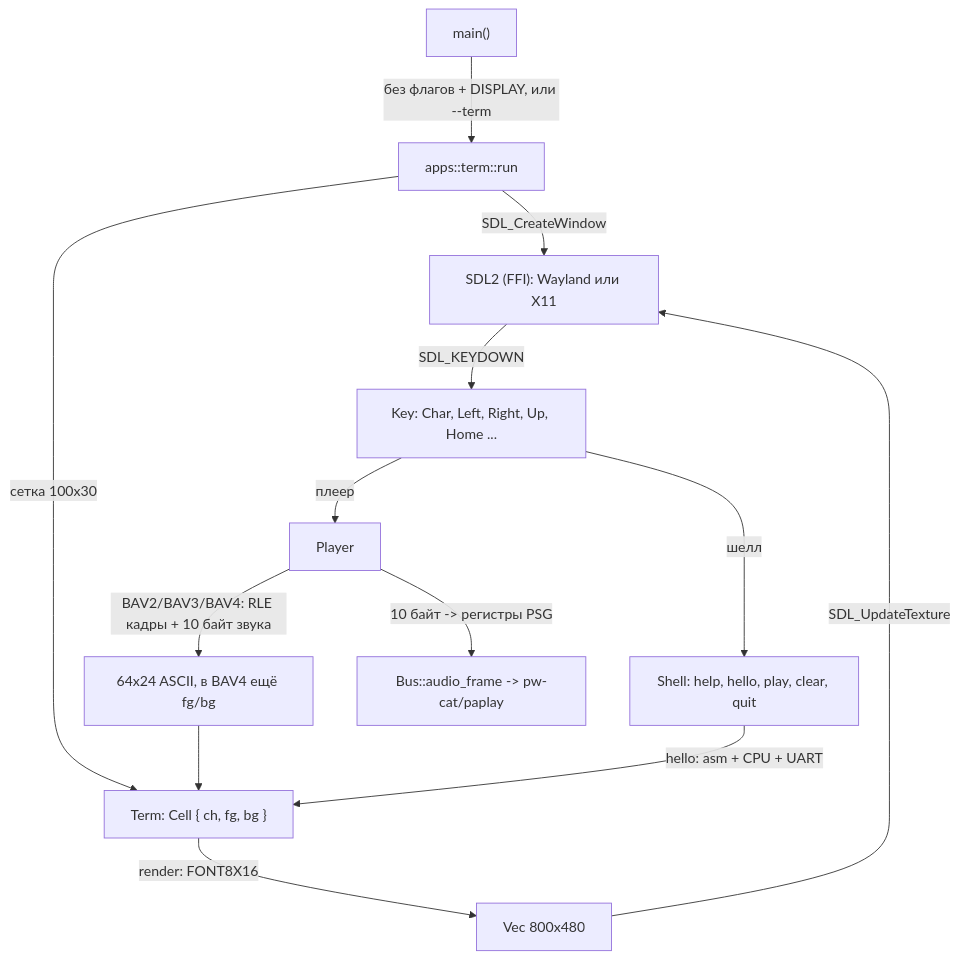
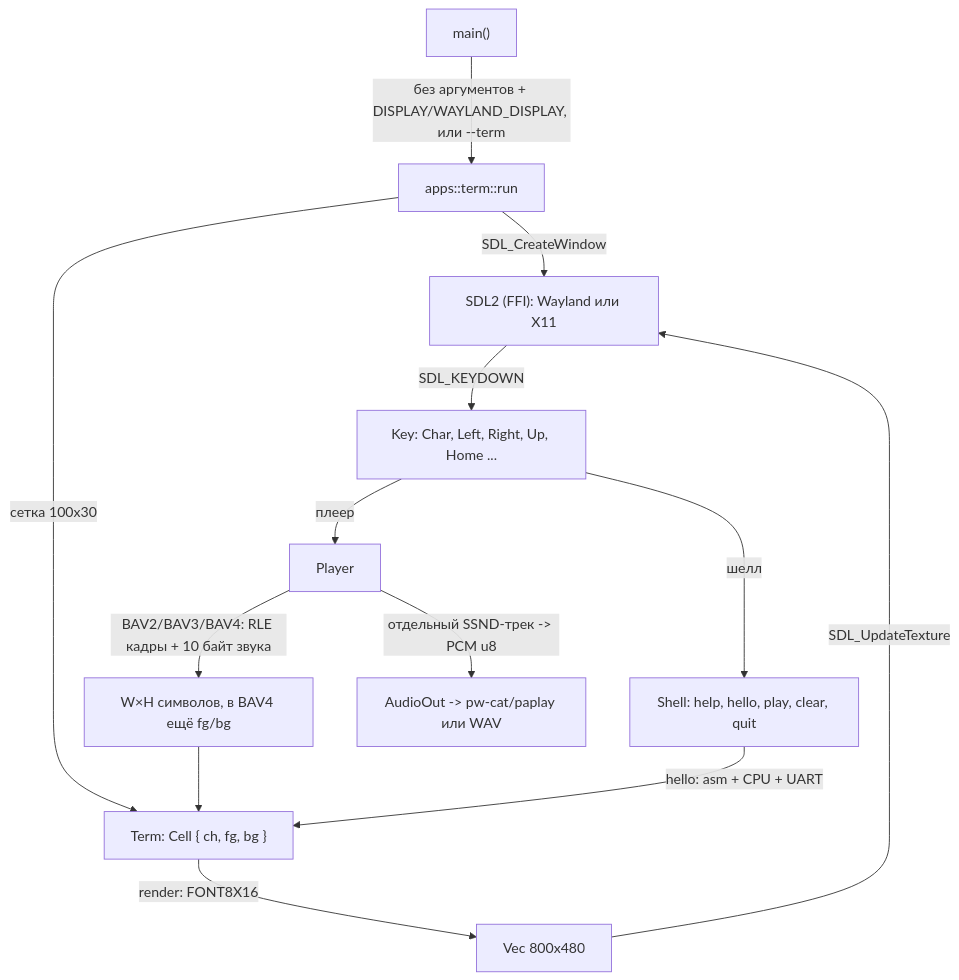
One commit to loki5512344ss/SummumOS changed diagram 26 of 40 in чертежи.md. Above: the diagram before and after it, drawn with Mermaid. The commit also changed other lines of this file and 40 other files, not shown here.

````diff
--- a/чертежи.md
+++ b/чертежи.md
@@ -660,15 +710,15 @@
 ```mermaid
 graph TD
-    main["main()"] -->|"без флагов + DISPLAY, или --term"| term["apps::term::run"]
+    main["main()"] -->|"без аргументов + DISPLAY/WAYLAND_DISPLAY, или --term"| term["apps::term::run"]
     term -->|"SDL_CreateWindow"| sdl["SDL2 (FFI): Wayland или X11"]
     term -->|"сетка 100x30"| grid["Term: Cell { ch, fg, bg }"]
     grid -->|"render: FONT8X16"| pixels["Vec<u32> 800x480"]
     pixels -->|"SDL_UpdateTexture"| sdl
     sdl -->|"SDL_KEYDOWN"| keys["Key: Char, Left, Right, Up, Home ..."]
     keys -->|"шелл"| shell["Shell: help, hello, play, clear, quit"]
     keys -->|"плеер"| player["Player"]
-    player -->|"BAV2/BAV3/BAV4: RLE кадры + 10 байт звука"| frames["64x24 ASCII, в BAV4 ещё fg/bg"]
+    player -->|"BAV2/BAV3/BAV4: RLE кадры + 10 байт звука"| frames["W×H символов, в BAV4 ещё fg/bg"]
     frames --> grid
-    player -->|"10 байт -> регистры PSG"| psg["Bus::audio_frame -> pw-cat/paplay"]
+    player -->|"отдельный SSND-трек -> PCM u8"| psg["AudioOut -> pw-cat/paplay или WAV"]
     shell -->|"hello: asm + CPU + UART"| grid
 ```
````
